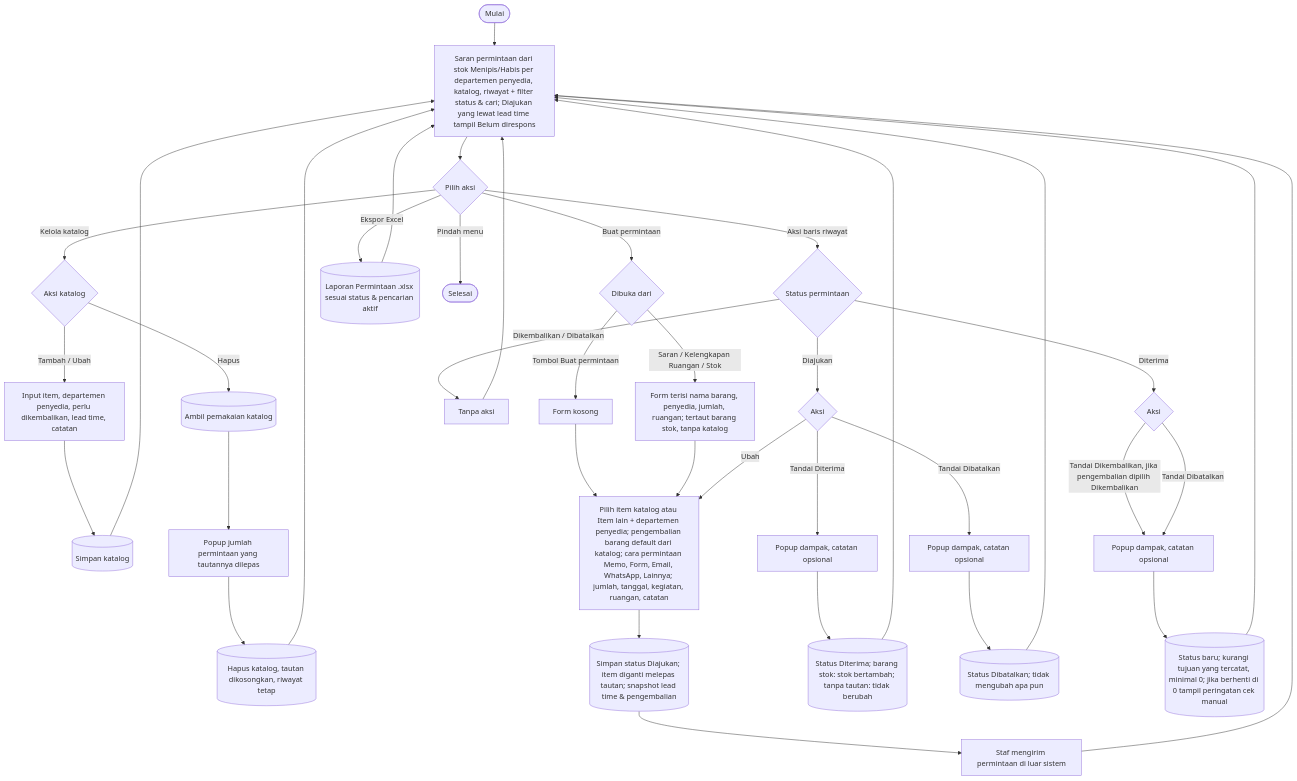
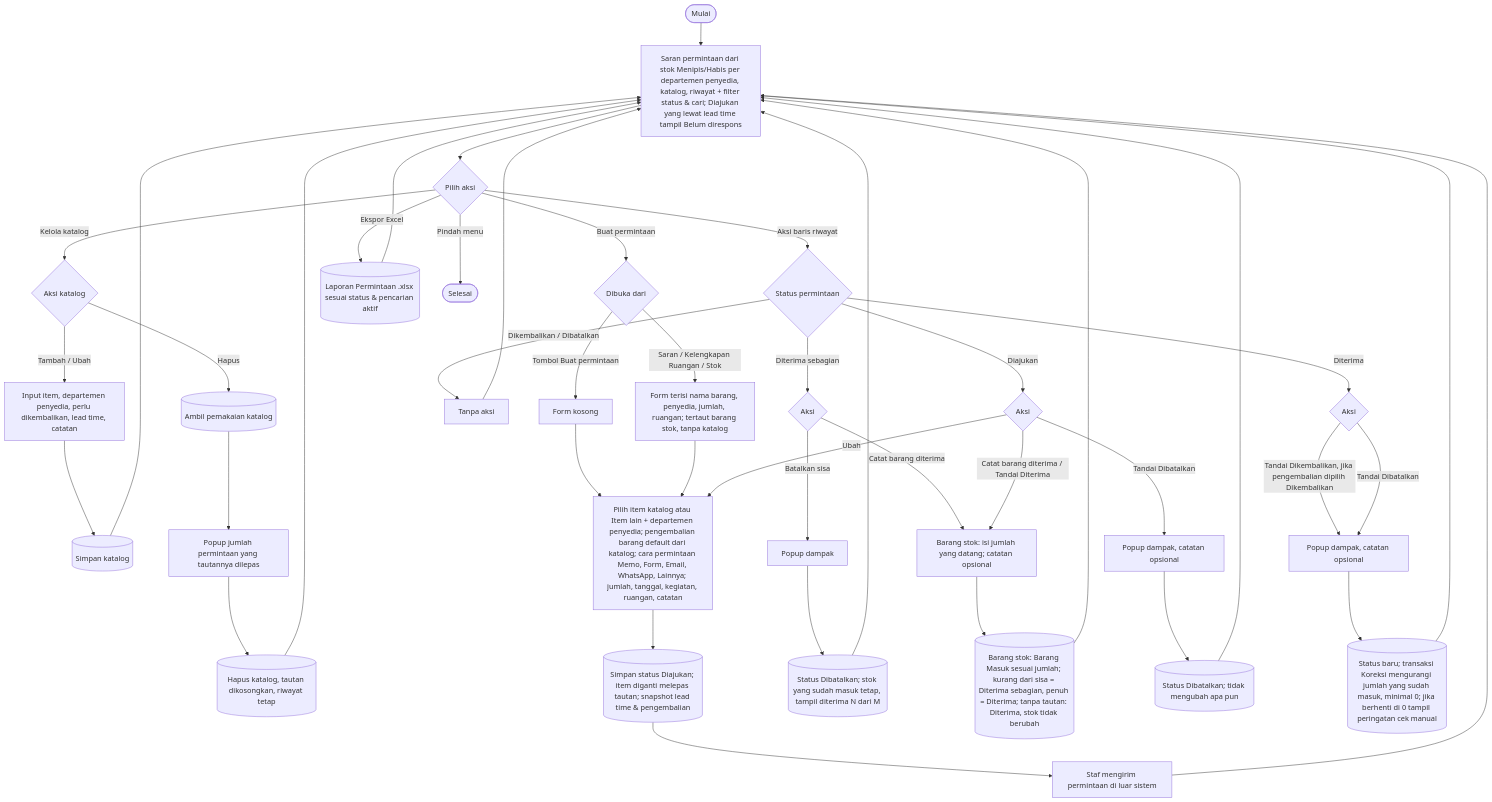
Before and after one commit to mrizqihidayat/system-tracking-asset: the seventh of 9 diagrams in docs/flowchart.md, drawn with Mermaid. The commit also changed other lines of this file and 58 other files, not shown here.

First line of the commit message:
T26v: stok berbasis transaksi, kartu stok, diterima sebagian

````diff
--- a/docs/flowchart.md
+++ b/docs/flowchart.md
@@ -254,30 +254,33 @@
 ```mermaid
 flowchart TD
     A([Mulai]) --> B[Saran permintaan dari stok Menipis/Habis per departemen penyedia, katalog, riwayat + filter status & cari; Diajukan yang lewat lead time tampil Belum direspons]
     B --> C{Pilih aksi}
 
     C -- Kelola katalog --> K0{Aksi katalog}
     K0 -- Tambah / Ubah --> K1[Input item, departemen penyedia, perlu dikembalikan, lead time, catatan] --> K2[(Simpan katalog)] --> B
     K0 -- Hapus --> K3[(Ambil pemakaian katalog)] --> K4[Popup jumlah permintaan yang tautannya dilepas] --> K5[(Hapus katalog, tautan dikosongkan, riwayat tetap)] --> B
 
     C -- Buat permintaan --> P0{Dibuka dari}
     P0 -- Tombol Buat permintaan --> P1[Form kosong]
     P0 -- Saran / Kelengkapan Ruangan / Stok --> P1a[Form terisi nama barang, penyedia, jumlah, ruangan; tertaut barang stok, tanpa katalog]
     P1 & P1a --> P2[Pilih item katalog atau Item lain + departemen penyedia; pengembalian barang default dari katalog; cara permintaan Memo, Form, Email, WhatsApp, Lainnya; jumlah, tanggal, kegiatan, ruangan, catatan]
     P2 --> P3[(Simpan status Diajukan; item diganti melepas tautan; snapshot lead time & pengembalian)]
     P3 --> P4[Staf mengirim permintaan di luar sistem] --> B
 
     C -- Aksi baris riwayat --> U0{Status permintaan}
     U0 -- Dikembalikan / Dibatalkan --> U3[Tanpa aksi] --> B
+    U0 -- Diterima sebagian --> U4{Aksi}
+    U4 -- Catat barang diterima --> M1
+    U4 -- Batalkan sisa --> M4[Popup dampak] --> I4[(Status Dibatalkan; stok yang sudah masuk tetap, tampil diterima N dari M)] --> B
     U0 -- Diajukan --> U1{Aksi}
     U1 -- Ubah --> P2
-    U1 -- Tandai Diterima --> M1[Popup dampak, catatan opsional] --> I1[(Status Diterima; barang stok: stok bertambah; tanpa tautan: tidak berubah)] --> B
+    U1 -- Catat barang diterima / Tandai Diterima --> M1[Barang stok: isi jumlah yang datang; catatan opsional] --> I1[(Barang stok: Barang Masuk sesuai jumlah; kurang dari sisa = Diterima sebagian, penuh = Diterima; tanpa tautan: Diterima, stok tidak berubah)] --> B
     U1 -- Tandai Dibatalkan --> M2[Popup dampak, catatan opsional] --> I2[(Status Dibatalkan; tidak mengubah apa pun)] --> B
     U0 -- Diterima --> U2{Aksi}
     U2 -- Tandai Dikembalikan, jika pengembalian dipilih Dikembalikan --> M3[Popup dampak, catatan opsional]
     U2 -- Tandai Dibatalkan --> M3
-    M3 --> I3[(Status baru; kurangi tujuan yang tercatat, minimal 0; jika berhenti di 0 tampil peringatan cek manual)] --> B
+    M3 --> I3[(Status baru; transaksi Koreksi mengurangi jumlah yang sudah masuk, minimal 0; jika berhenti di 0 tampil peringatan cek manual)] --> B
 
     C -- Ekspor Excel --> X1[(Laporan Permintaan .xlsx sesuai status & pencarian aktif)] --> B
     C -- Pindah menu --> Z([Selesai])
 ```
````
